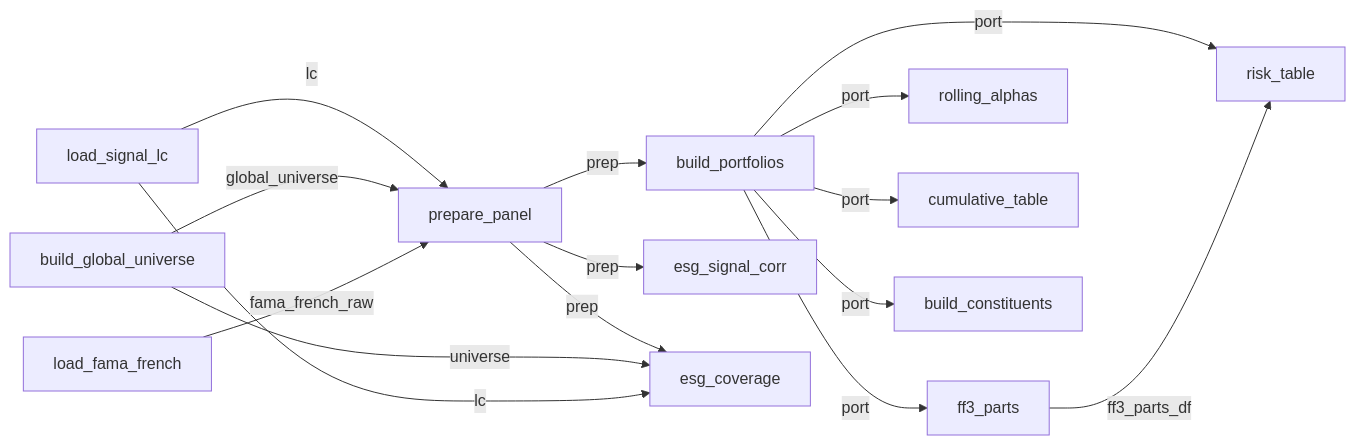
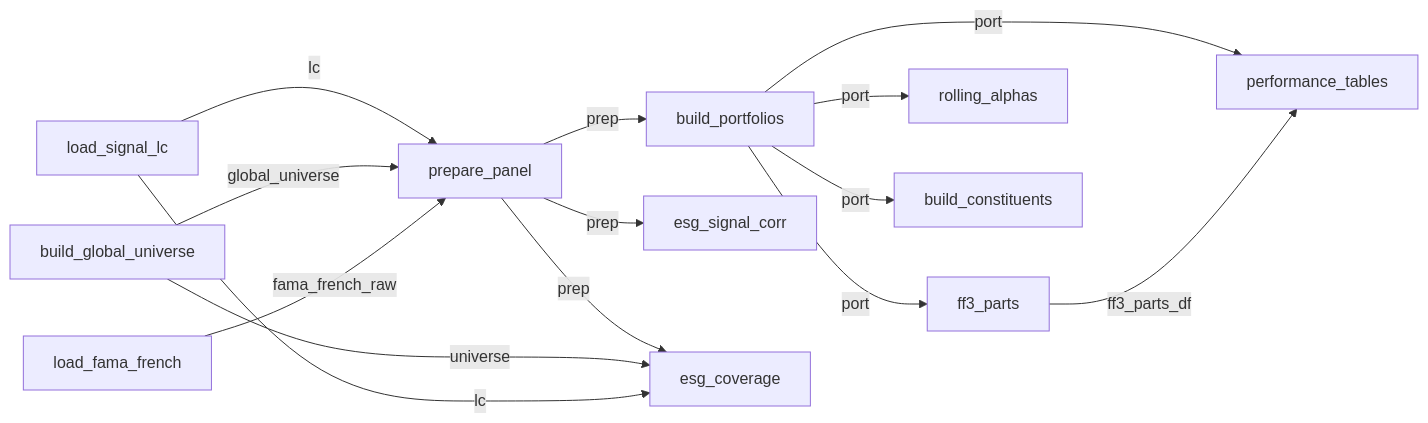
Before and after one commit to christy108/modular_fund_analysis: the diagram in New_Pipeline/README.md, drawn with Mermaid. The commit also changed other lines of this file and 6 other files, not shown here.

Commit message:
merged risk table and cum returns in one node

````diff
--- a/New_Pipeline/README.md
+++ b/New_Pipeline/README.md
@@ -140,30 +140,28 @@
 ```mermaid
 flowchart LR
     load_signal_lc["load_signal_lc"]
     build_global_universe["build_global_universe"]
     load_fama_french["load_fama_french"]
     prepare_panel["prepare_panel"]
     build_portfolios["build_portfolios"]
     ff3_parts["ff3_parts"]
     rolling_alphas["rolling_alphas"]
-    cumulative_table["cumulative_table"]
-    risk_table["risk_table"]
+    performance_tables["performance_tables"]
     build_constituents["build_constituents"]
     esg_signal_corr["esg_signal_corr"]
     esg_coverage["esg_coverage"]
 
     load_signal_lc -->|lc| prepare_panel
     build_global_universe -->|global_universe| prepare_panel
     load_fama_french -->|fama_french_raw| prepare_panel
     prepare_panel -->|prep| build_portfolios
     prepare_panel -->|prep| esg_signal_corr
     prepare_panel -->|prep| esg_coverage
     build_global_universe -->|universe| esg_coverage
     load_signal_lc -->|lc| esg_coverage
     build_portfolios -->|port| build_constituents
     build_portfolios -->|port| ff3_parts
     build_portfolios -->|port| rolling_alphas
-    build_portfolios -->|port| cumulative_table
-    build_portfolios -->|port| risk_table
-    ff3_parts -->|ff3_parts_df| risk_table
+    build_portfolios -->|port| performance_tables
+    ff3_parts -->|ff3_parts_df| performance_tables
 ```
````
